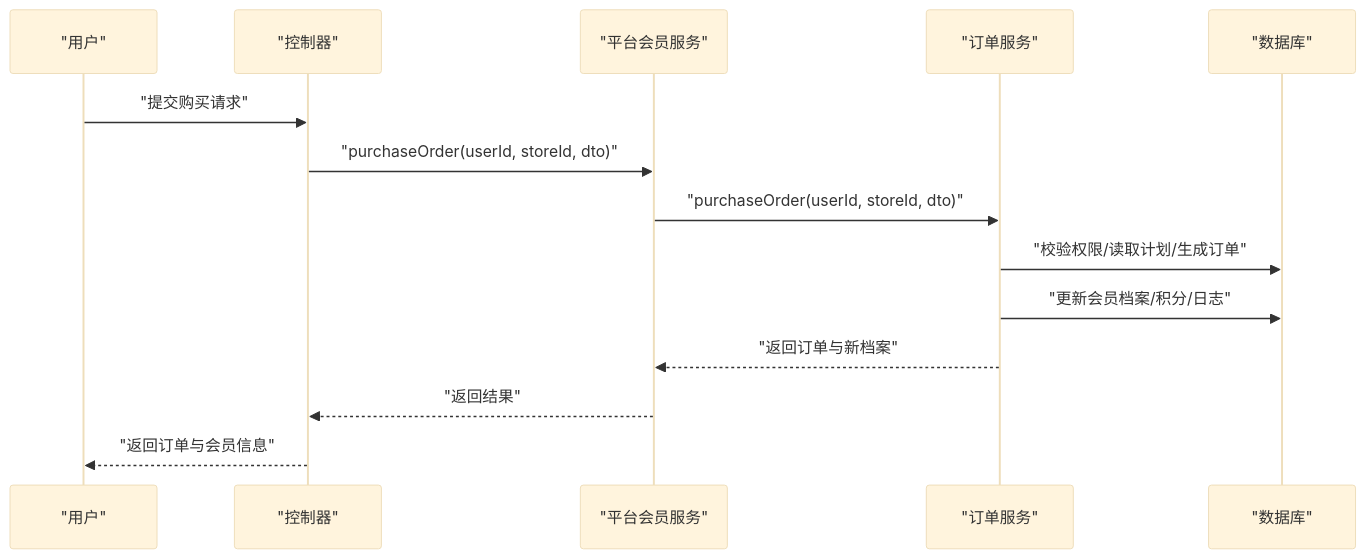
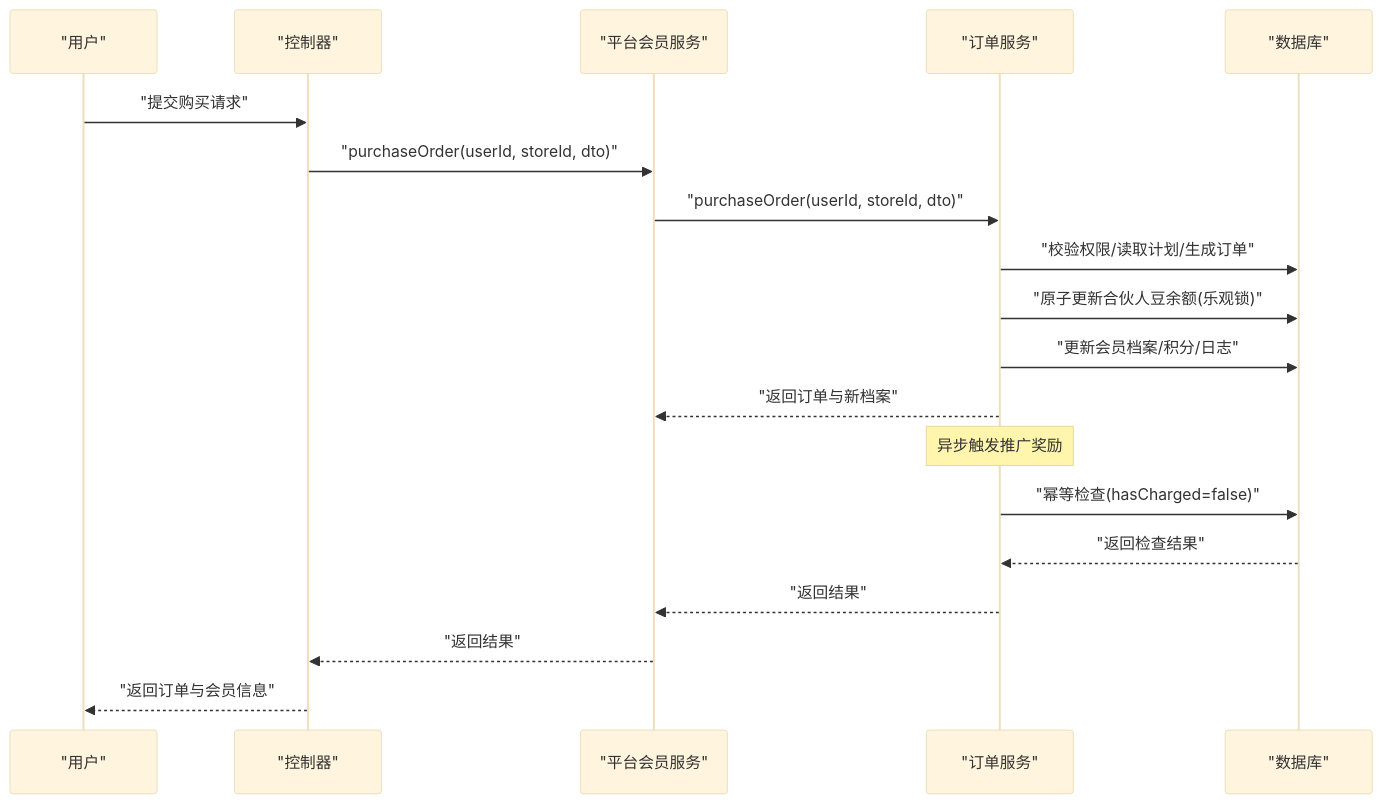
The third of 11 diagrams in .qoder/repowiki/zh/content/业务模块/会员管理模块/平台会员管理.md (rc558620/purelyprofit-server), drawn with Mermaid (base theme) before and after one commit. The commit also changed other lines of this file and 8 other files, not shown here.

````diff
--- a/.qoder/repowiki/zh/content/业务模块/会员管理模块/平台会员管理.md
+++ b/.qoder/repowiki/zh/content/业务模块/会员管理模块/平台会员管理.md
@@ -192,16 +179,21 @@
 ```mermaid
 sequenceDiagram
 participant U as "用户"
 participant C as "控制器"
 participant S as "平台会员服务"
 participant O as "订单服务"
 participant DB as "数据库"
 U->>C : "提交购买请求"
 C->>S : "purchaseOrder(userId, storeId, dto)"
 S->>O : "purchaseOrder(userId, storeId, dto)"
 O->>DB : "校验权限/读取计划/生成订单"
+O->>DB : "原子更新合伙人豆余额(乐观锁)"
 O->>DB : "更新会员档案/积分/日志"
 O-->>S : "返回订单与新档案"
+Note over O : 异步触发推广奖励
+O->>DB : "幂等检查(hasCharged=false)"
+DB-->>O : "返回检查结果"
+O-->>S : "返回结果"
 S-->>C : "返回结果"
 C-->>U : "返回订单与会员信息"
 ```
````
